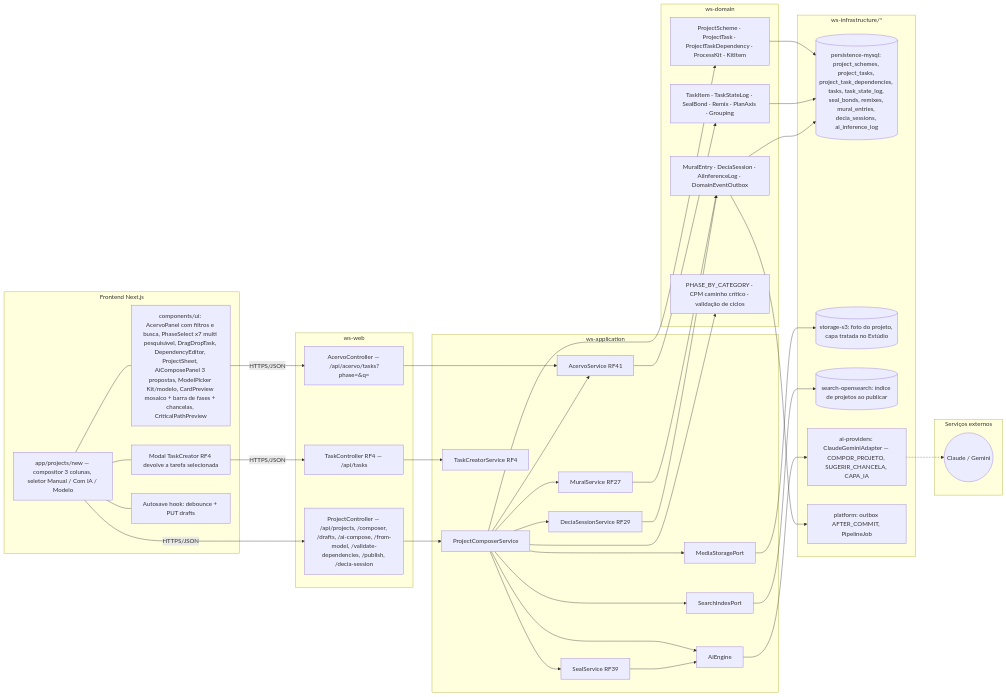
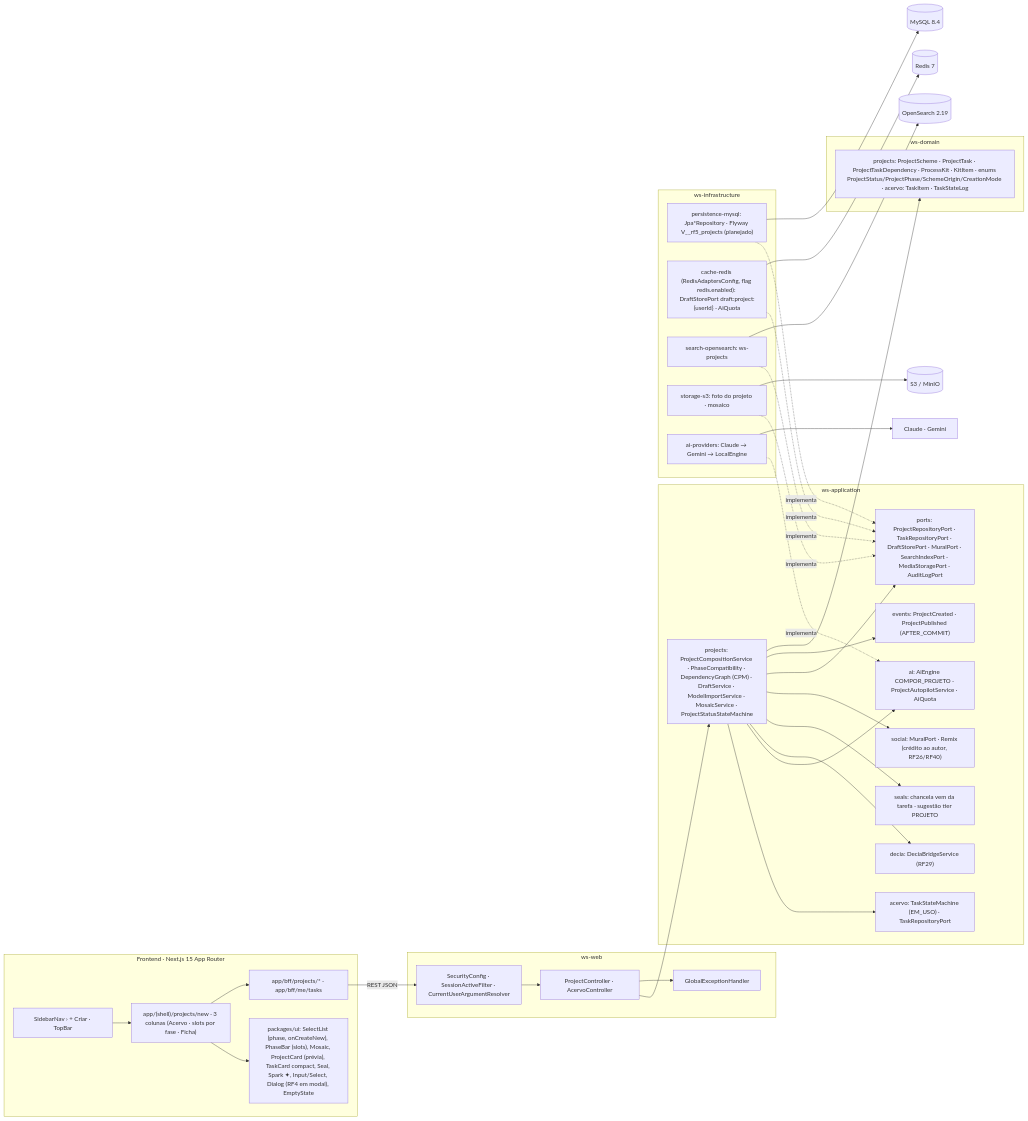
Before and after one commit to MatheusHaliski/Decia-app-2026: the fifth of 5 diagrams in docs/diagramas/RF5/README.md, drawn with Mermaid. The commit also changed other lines of this file and 5 other files, not shown here.

First line of the commit message:
docs(diagramas): reescreve RF1–RF5 (5 diagramas Mermaid + rastreabilidade) e cria _tools/checar.py

````diff
--- a/docs/diagramas/RF5/README.md
+++ b/docs/diagramas/RF5/README.md
@@ -646,77 +493,58 @@
 ```mermaid
 flowchart LR
-  subgraph FE["Frontend Next.js"]
-    F1["app/projects/new — compositor 3 colunas, seletor Manual / Com IA / Modelo"]
-    F2["components/ui: AcervoPanel com filtros e busca, PhaseSelect x7 multi pesquisável, DragDropTask, DependencyEditor, ProjectSheet, AiComposePanel 3 propostas, ModelPicker Kit/modelo, CardPreview mosaico + barra de fases + chancelas, CriticalPathPreview"]
-    F3["Modal TaskCreator RF4 devolve a tarefa selecionada"]
-    F4["Autosave hook: debounce + PUT drafts"]
+  subgraph FE["Frontend · Next.js 15 App Router"]
+    PG["app/(shell)/projects/new · 3 colunas (Acervo · slots por fase · Ficha)"]
+    UI["packages/ui: SelectList (phase, onCreateNew), PhaseBar (slots), Mosaic, ProjectCard (prévia), TaskCard compact, Seal, Spark ✦, Input/Select, Dialog (RF4 em modal), EmptyState"]
+    SN["SidebarNav › + Criar · TopBar"]
+    BFF["app/bff/projects/* · app/bff/me/tasks"]
+    PG --> UI
+    PG --> BFF
+    SN --> PG
+  end
+  subgraph WSWEB["ws-web"]
+    SEC["SecurityConfig · SessionActiveFilter · CurrentUserArgumentResolver"]
+    PC["ProjectController · AcervoController"]
+    GEH["GlobalExceptionHandler"]
+  end
+  subgraph WSAPP["ws-application"]
+    PRJ["projects: ProjectCompositionService · PhaseCompatibility · DependencyGraph (CPM) · DraftService · ModelImportService · MosaicService · ProjectStatusStateMachine"]
+    ACV["acervo: TaskStateMachine (EM_USO) · TaskRepositoryPort"]
+    AIE["ai: AiEngine COMPOR_PROJETO · ProjectAutopilotService · AiQuota"]
+    DEC["decia: DeciaBridgeService (RF29)"]
+    SEAL["seals: chancela vem da tarefa · sugestão tier PROJETO"]
+    SOC["social: MuralPort · Remix (crédito ao autor, RF26/RF40)"]
+    PORTS["ports: ProjectRepositoryPort · TaskRepositoryPort · DraftStorePort · MuralPort · SearchIndexPort · MediaStoragePort · AuditLogPort"]
+    EVT["events: ProjectCreated · ProjectPublished (AFTER_COMMIT)"]
+    PRJ --> ACV
+    PRJ --> AIE
+    PRJ --> DEC
+    PRJ --> SEAL
+    PRJ --> SOC
+    PRJ --> PORTS
+    PRJ --> EVT
+  end
+  subgraph WSDOM["ws-domain"]
+    DOM["projects: ProjectScheme · ProjectTask · ProjectTaskDependency · ProcessKit · KitItem · enums ProjectStatus/ProjectPhase/SchemeOrigin/CreationMode · acervo: TaskItem · TaskStateLog"]
+  end
+  subgraph INFRA["ws-infrastructure"]
+    MY["persistence-mysql: Jpa*Repository · Flyway V__rf5_projects (planejado)"]
+    RDS["cache-redis (RedisAdaptersConfig, flag redis.enabled): DraftStorePort draft:project:{userId} · AiQuota"]
+    OSE["search-opensearch: ws-projects"]
+    S3["storage-s3: foto do projeto · mosaico"]
+    AIP["ai-providers: Claude → Gemini → LocalEngine"]
   end
 
-  subgraph WEB["ws-web"]
-    C1["ProjectController — /api/projects, /composer, /drafts, /ai-compose, /from-model, /validate-dependencies, /publish, /decia-session"]
-    C2["AcervoController — /api/acervo/tasks?phase=&q="]
-    C3["TaskController RF4 — /api/tasks"]
-  end
-
-  subgraph APP["ws-application"]
-    S1["ProjectComposerService"]
-    S2["AcervoService RF41"]
-    S3["TaskCreatorService RF4"]
-    S4["SealService RF39"]
-    S5["MuralService RF27"]
-    S6["DeciaSessionService RF29"]
-    S7["AiEngine"]
-    P1["MediaStoragePort"]
-    P2["SearchIndexPort"]
-  end
-
-  subgraph DOM["ws-domain"]
-    D1["ProjectScheme · ProjectTask · ProjectTaskDependency · ProcessKit · KitItem"]
-    D2["TaskItem · TaskStateLog · SealBond · Remix · PlanAxis · Grouping"]
-    D3["MuralEntry · DeciaSession · AiInferenceLog · DomainEventOutbox"]
-    D4["PHASE_BY_CATEGORY · CPM caminho crítico · validação de ciclos"]
-  end
-
-  subgraph INFRA["ws-infrastructure/*"]
-    I1[("persistence-mysql: project_schemes, project_tasks, project_task_dependencies, tasks, task_state_log, seal_bonds, remixes, mural_entries, decia_sessions, ai_inference_log")]
-    I2[("storage-s3: foto do projeto, capa tratada no Estúdio")]
-    I3[("search-opensearch: índice de projetos ao publicar")]
-    I4["ai-providers: ClaudeGeminiAdapter — COMPOR_PROJETO, SUGERIR_CHANCELA, CAPA_IA"]
-    I5["platform: outbox AFTER_COMMIT, PipelineJob"]
-  end
-
-  subgraph EXT["Serviços externos"]
-    E1(("Claude / Gemini"))
-  end
-
-  F1 --- F2
-  F1 --- F3
-  F1 --- F4
-  F1 -->|"HTTPS/JSON"| C1
-  F2 -->|"HTTPS/JSON"| C2
-  F3 -->|"HTTPS/JSON"| C3
-  C1 --> S1
-  C2 --> S2
-  C3 --> S3
-  S1 --> S2
-  S1 --> S4
-  S1 --> S5
-  S1 --> S6
-  S1 --> S7
-  S1 --> P1
-  S1 --> P2
-  S4 --> S7
-  S1 --> D1
-  S1 --> D4
-  S2 --> D2
-  S5 --> D3
-  S6 --> D3
-  D1 --> I1
-  D2 --> I1
-  D3 --> I1
-  D3 --> I5
-  P1 --> I2
-  P2 --> I3
-  S7 --> I4
-  I4 -.-> E1
+  BFF -->|"REST JSON"| SEC --> PC --> PRJ
+  PC --> GEH
+  MY -.implementa.-> PORTS
+  RDS -.implementa.-> PORTS
+  OSE -.implementa.-> PORTS
+  S3 -.implementa.-> PORTS
+  AIP -.implementa.-> AIE
+  PRJ --> DOM
+  MY --> DB[("MySQL 8.4")]
+  RDS --> RD[("Redis 7")]
+  OSE --> OSX[("OpenSearch 2.19")]
+  S3 --> MINIO[("S3 / MinIO")]
+  AIP --> CL["Claude · Gemini"]
 ```
````
